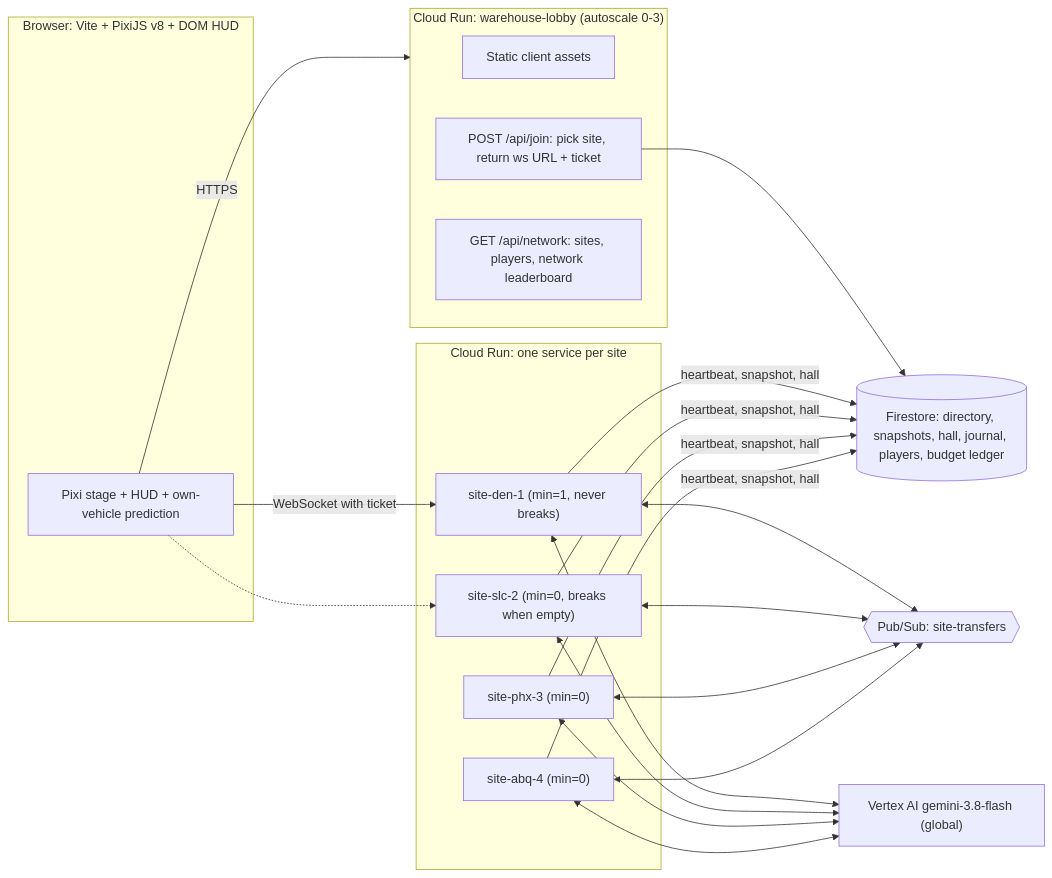
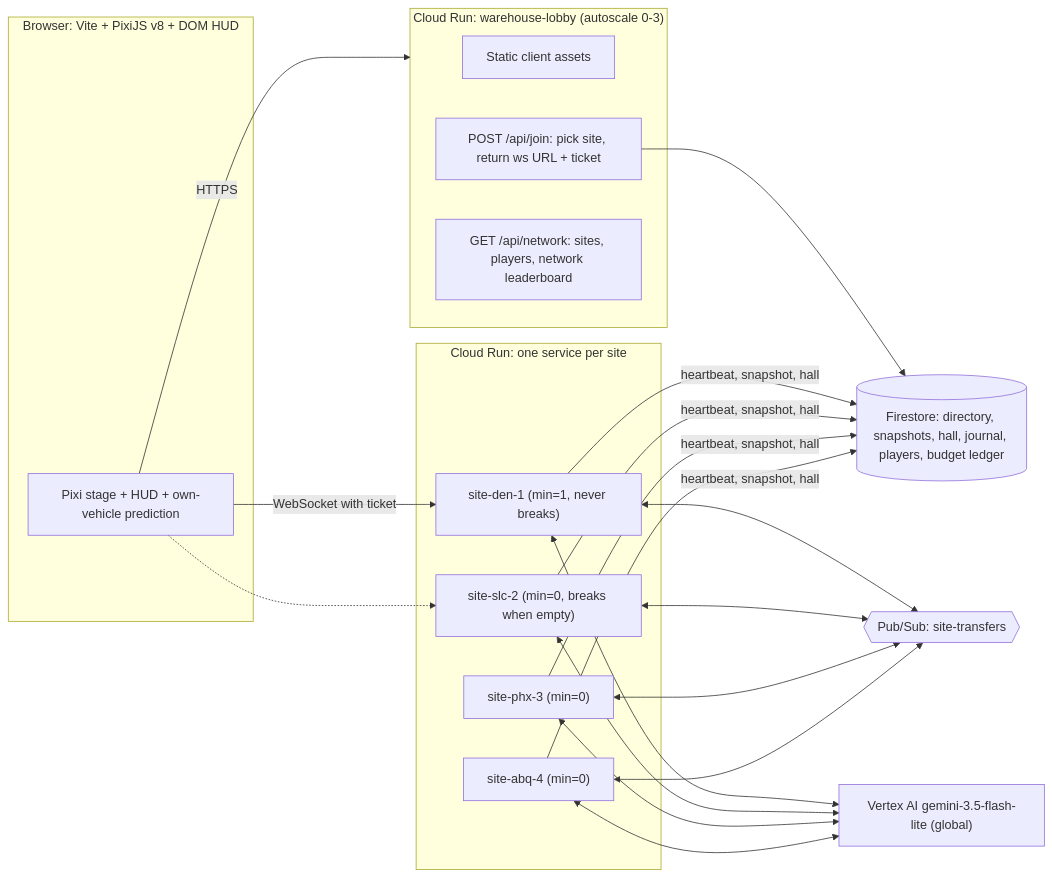
One commit to davenportjw/freightfloor changed the first of 3 diagrams in docs/architecture.md. Above: the diagram before and after it, drawn with Mermaid. The commit also changed other lines of this file and 76 other files, not shown here.

First line of the commit message:
UI parity: iso renderer, collapsible HUD panels, protocol additions, UI smoke, docs; switch to gemini-3.5-flash-lite

````diff
--- a/docs/architecture.md
+++ b/docs/architecture.md
@@ -15,27 +15,27 @@
 ```mermaid
 flowchart LR
   subgraph Browser["Browser: Vite + PixiJS v8 + DOM HUD"]
     UI["Pixi stage + HUD + own-vehicle prediction"]
   end
   subgraph Lobby["Cloud Run: warehouse-lobby (autoscale 0-3)"]
     ST["Static client assets"]
     JN["POST /api/join: pick site, return ws URL + ticket"]
     NB["GET /api/network: sites, players, network leaderboard"]
   end
   subgraph Shards["Cloud Run: one service per site"]
     S1["site-den-1 (min=1, never breaks)"]
     S2["site-slc-2 (min=0, breaks when empty)"]
     S3["site-phx-3 (min=0)"]
     S4["site-abq-4 (min=0)"]
   end
   FS[("Firestore: directory, snapshots, hall, journal, players, budget ledger")]
   PS{{"Pub/Sub: site-transfers"}}
-  GEM["Vertex AI gemini-3.8-flash (global)"]
+  GEM["Vertex AI gemini-3.5-flash-lite (global)"]
   UI -- "HTTPS" --> Lobby
   UI -- "WebSocket with ticket" --> S1
   UI -.-> S2
   JN --> FS
   S1 & S2 & S3 & S4 -- "heartbeat, snapshot, hall" --> FS
   S1 & S2 & S3 & S4 <--> PS
   S1 & S2 & S3 & S4 <--> GEM
 ```
````
